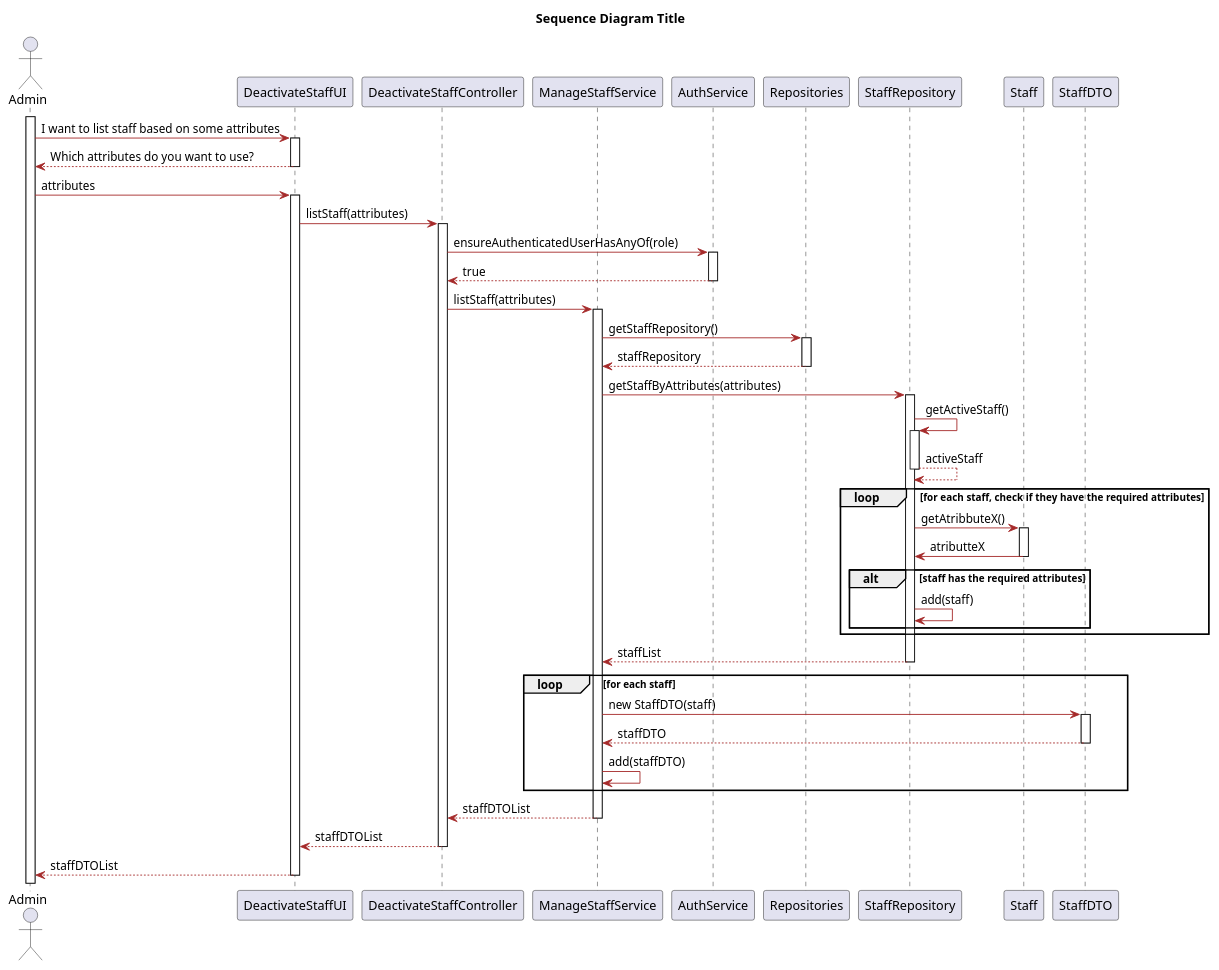
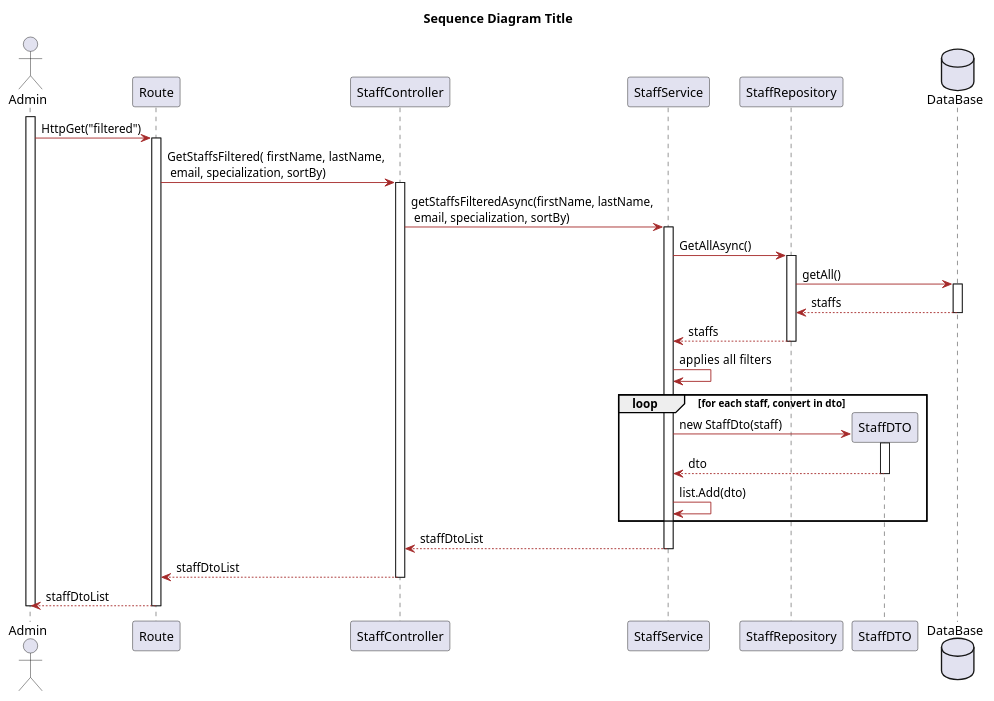
The diagram in Docs/Sprint1/UserStories/LAPR5/us5115/design/puml/sequence-diagram.puml (LAPR5-043/sem_5_24_25_043), drawn with PlantUML before and after one commit. The commit also changed 2 other files, not shown here.

Commit message:
#18 User story documentation update

```diff
--- a/Docs/Sprint1/UserStories/LAPR5/us5115/design/puml/sequence-diagram.puml
+++ b/Docs/Sprint1/UserStories/LAPR5/us5115/design/puml/sequence-diagram.puml
@@ -1,97 +1,80 @@
 @startuml
 title Sequence Diagram Title
 skinparam classAttributeIconSize 0
 
 skinparam class {
     LifeLineBorderColor DodgerBlue
     LifeLineBackgroundColor APPLICATION
     BackgroundColor LemonChiffon
     ArrowColor Brown
     BorderColor SaddleBrown
 }
 
 skinparam packageStyle rectangle
 
 skinparam card {
     LifeLineBorderColor DodgerBlue
     LifeLineBackgroundColor APPLICATION
     BackgroundColor LemonChiffon
     ArrowColor Brown
     BorderColor SaddleBrown
 }
 
 actor Admin
-participant "DeactivateStaffUI" as UI
-participant "DeactivateStaffController" as Controller
-participant "ManageStaffService" as userS
-participant "AuthService" as auth
-participant "Repositories" as Repositories
+participant "Route" as UI
+participant "StaffController" as Controller
+participant "StaffService" as userS
 participant "StaffRepository" as userR
-participant "Staff" as user
+
 participant "StaffDTO" as userDTO
+database "DataBase" as db
 
 activate Admin
-Admin -> UI: I want to list staff based on some attributes
+Admin -> UI: HttpGet("filtered")
 activate UI
-UI --> Admin : Which attributes do you want to use?
-deactivate UI
-Admin -> UI : attributes
-activate UI
-UI -> Controller: listStaff(attributes)
+UI -> Controller: GetStaffsFiltered( firstName,  lastName,\n email, specialization, sortBy)
 activate Controller
-Controller -> auth: ensureAuthenticatedUserHasAnyOf(role)
-activate auth
-auth --> Controller:  true
-deactivate auth
-Controller -> userS : listStaff(attributes)
+Controller -> userS : getStaffsFilteredAsync(firstName, lastName,\n email, specialization, sortBy)
 activate userS
-userS -> Repositories : getStaffRepository()
-activate Repositories
-Repositories --> userS : staffRepository
-deactivate Repositories
-userS -> userR : getStaffByAttributes(attributes)
-activate userR
-userR -> userR : getActiveStaff()
-activate userR
-userR --> userR : activeStaff
-deactivate userR   
-loop for each staff, check if they have the required attributes
-        userR -> user : getAtribbuteX()
-        activate user
-     
-        user -> userR : atributteX
-        deactivate user
-    alt staff has the required attributes
+userS -> userR : GetAllAsync()
+activate userR 
+userR -> db : getAll()
+activate db
+db --> userR: staffs
+deactivate db
+userR --> userS: staffs
+deactivate userR
+userS -> userS : applies all  filters
+loop for each staff, convert in dto 
 
-        userR -> userR : add(staff)
-    end
+userS -> userDTO** : new StaffDto(staff)
+activate userDTO
+userDTO --> userS : dto
+deactivate userDTO
+userS -> userS : list.Add(dto)
+end
 
-end
-userR --> userS : staffList
-deactivate userR
-loop for each staff
-userS -> userDTO : new StaffDTO(staff)
-activate userDTO
-userDTO --> userS : staffDTO
-deactivate userDTO
-userS -> userS : add(staffDTO)
-end
-userS --> Controller : staffDTOList
-deactivate userS
-Controller --> UI : staffDTOList
-deactivate Controller
-UI --> Admin : staffDTOList
-deactivate UI
+userS --> Controller : staffDtoList
+deactivate userS 
+Controller --> UI : staffDtoList
+deactivate Controller 
+UI --> Admin : staffDtoList
+deactivate UI 
+deactivate Admin
+
+
+
+
 
 
 
 
 
 
 
 
 
 
 
 
 @enduml
```
